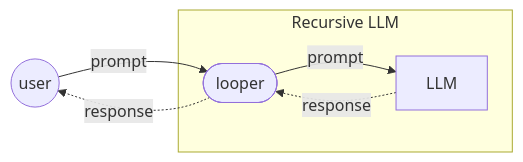
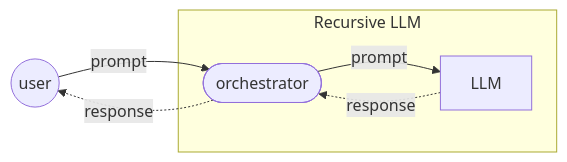
Before and after one commit to conmaol/maglocunus: the second of 3 diagrams in l/LLMs.md, drawn with Mermaid. The commit also changed other lines of this file, not shown here.

````diff
--- a/l/LLMs.md
+++ b/l/LLMs.md
@@ -39,12 +39,12 @@
 ```mermaid
 graph LR
   user(("user"))
   subgraph "Recursive LLM"
-    looper(["looper"])
+    looper(["orchestrator"])
     LLM["LLM"]
     looper -- "prompt" --> LLM
     LLM -. "response" .-> looper
     end
   user -- "prompt" --> looper
   looper -. response .-> user
 ```
````
